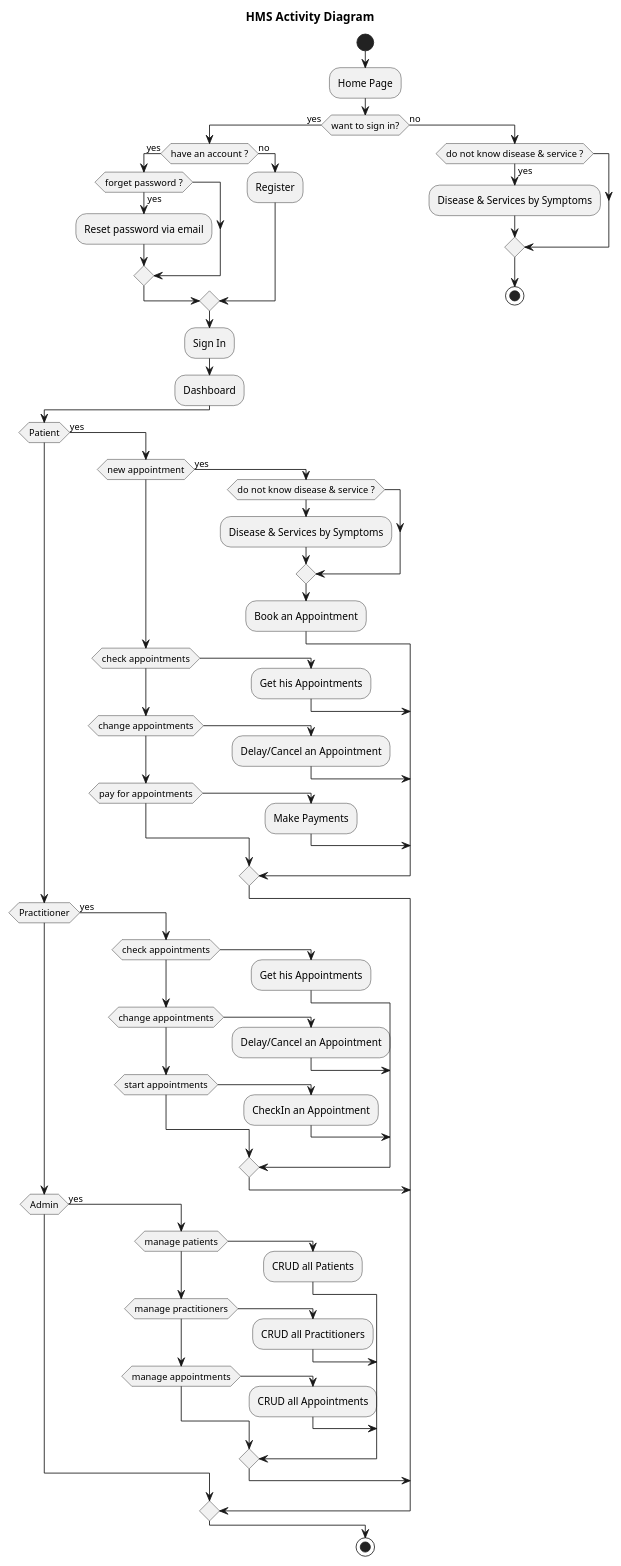
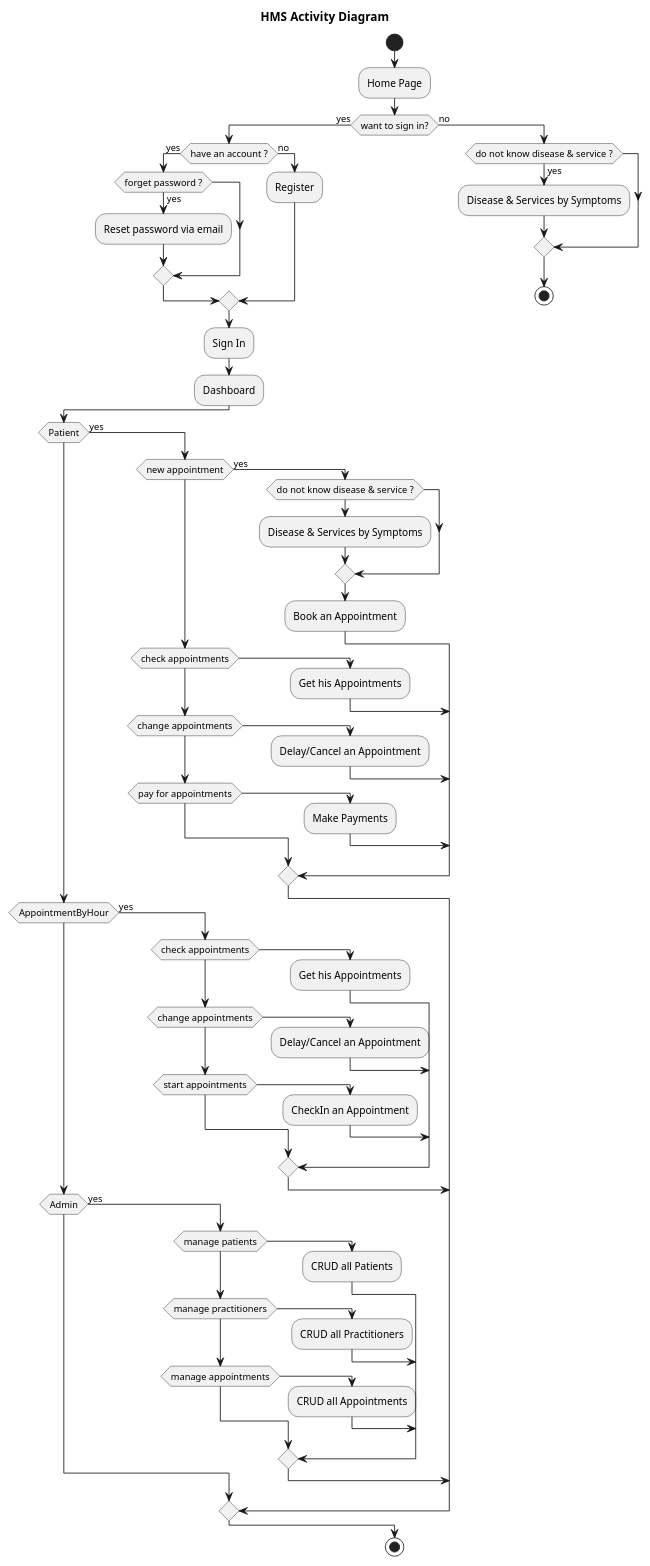
The diagram in src/client/public/docs/diagrams/src/activity_system.puml (tdnguyen6/hms-PERN), drawn with PlantUML before and after one commit. The commit also changed 17 other files, not shown here.

```diff
--- a/src/client/public/docs/diagrams/src/activity_system.puml
+++ b/src/client/public/docs/diagrams/src/activity_system.puml
@@ -1,53 +1,53 @@
 @startuml
 !pragma useVerticalIf on
 title HMS Activity Diagram
 start
 :Home Page;
 if (want to sign in?) then (yes)
     if (have an account ?) then (yes)
         if (forget password ?) then (yes)
             :Reset password via email;
         endif
     else (no)
         :Register;
     endif
     :Sign In;
     :Dashboard;
     if (Patient) then (yes)
         if (new appointment) then (yes)
             if (do not know disease & service ?)
                 :Disease & Services by Symptoms;
              endif
             :Book an Appointment;
         elseif (check appointments)
             :Get his Appointments;
         elseif (change appointments)
             :Delay/Cancel an Appointment;
         elseif (pay for appointments)
             :Make Payments;
         endif
-    elseif (Practitioner) then (yes)
+    elseif (AppointmentByHour) then (yes)
         if (check appointments)
             :Get his Appointments;
          elseif (change appointments)
             :Delay/Cancel an Appointment;
         elseif (start appointments)
             :CheckIn an Appointment;
         endif
     elseif (Admin) then (yes)
         if (manage patients)
             :CRUD all Patients;
         elseif (manage practitioners)
             :CRUD all Practitioners;
         elseif (manage appointments)
             :CRUD all Appointments;
         endif
     endif
 else (no)
     if (do not know disease & service ?) then (yes)
         :Disease & Services by Symptoms;
     endif
     stop
 endif
 stop
 @enduml
```
